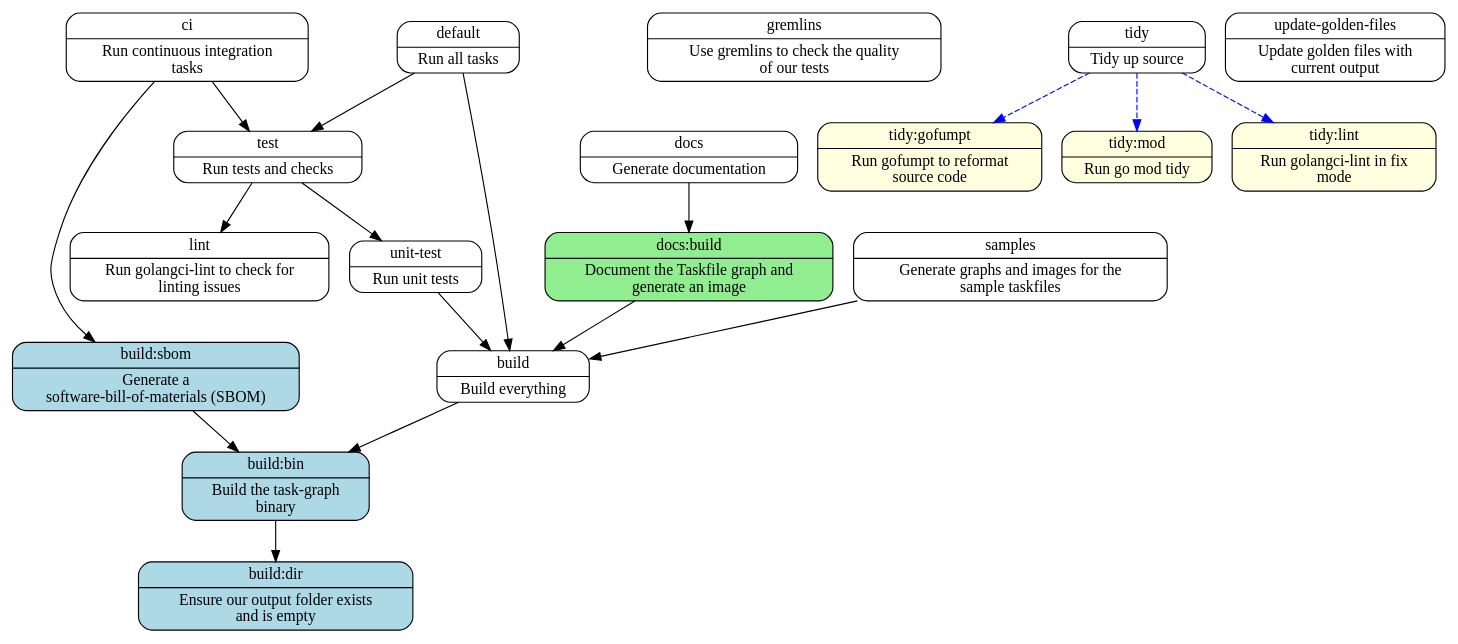
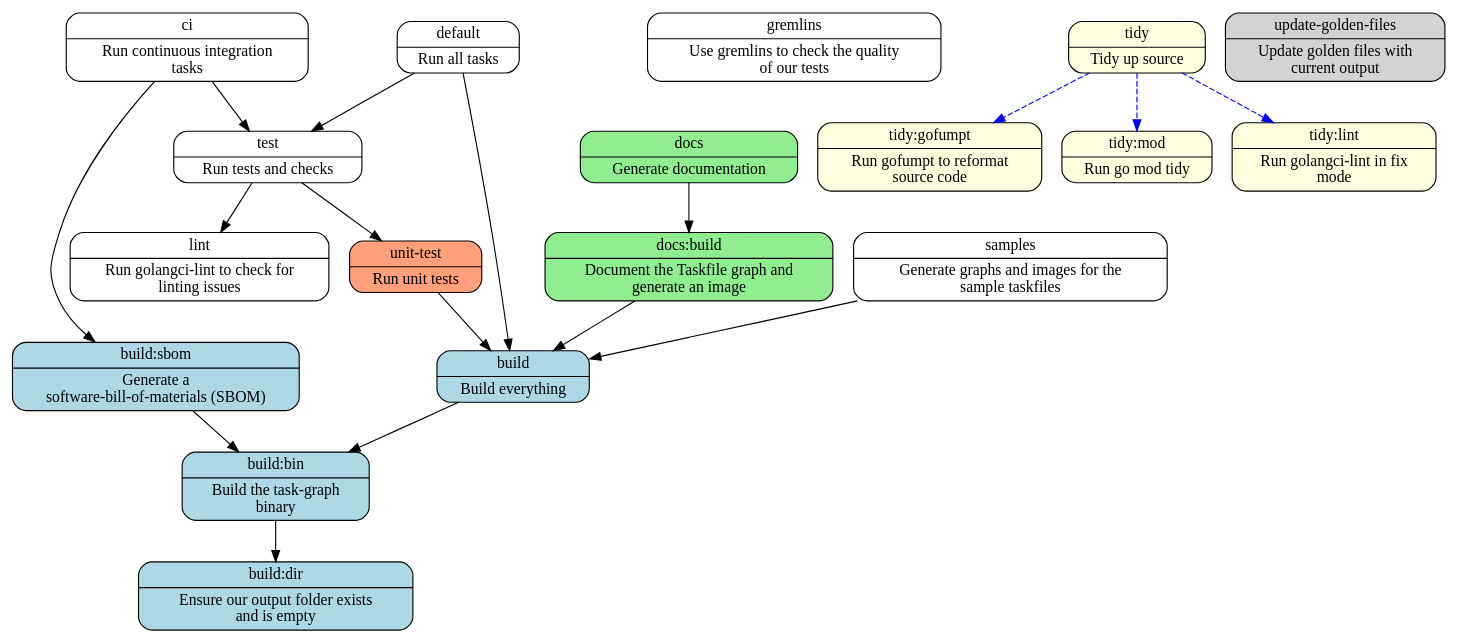
One commit to theunrepentantgeek/task-graph changed the diagram in docs/taskfile.dot. Above: the diagram before and after it, drawn with Graphviz. The commit also changed 3 other files, not shown here.

```diff
--- a/docs/taskfile.dot
+++ b/docs/taskfile.dot
@@ -1,8 +1,10 @@
 digraph {
   "build" [
     color="black"
+    fillcolor="lightblue"
     label="{build | Build everything}"
     shape="Mrecord"
+    style="filled"
   ]
   "build" -> "build_bin" [
     color="black"
@@ -78,8 +80,10 @@
   
   "docs" [
     color="black"
+    fillcolor="lightgreen"
     label="{docs | Generate documentation}"
     shape="Mrecord"
+    style="filled"
   ]
   "docs" -> "docs_build" [
     color="black"
@@ -141,8 +145,10 @@
   
   "tidy" [
     color="black"
+    fillcolor="lightyellow"
     label="{tidy | Tidy up source}"
     shape="Mrecord"
+    style="filled"
   ]
   "tidy" -> "tidy_gofumpt" [
     color="blue"
@@ -186,8 +192,10 @@
   
   "unit-test" [
     color="black"
+    fillcolor="lightsalmon"
     label="{unit-test | Run unit tests}"
     shape="Mrecord"
+    style="filled"
   ]
   "unit-test" -> "build" [
     color="black"
@@ -197,8 +205,10 @@
   
   "update-golden-files" [
     color="black"
+    fillcolor="lightgray"
     label="{update-golden-files | Update golden files with \ncurrent output}"
     shape="Mrecord"
+    style="filled"
   ]
   
 }
```
